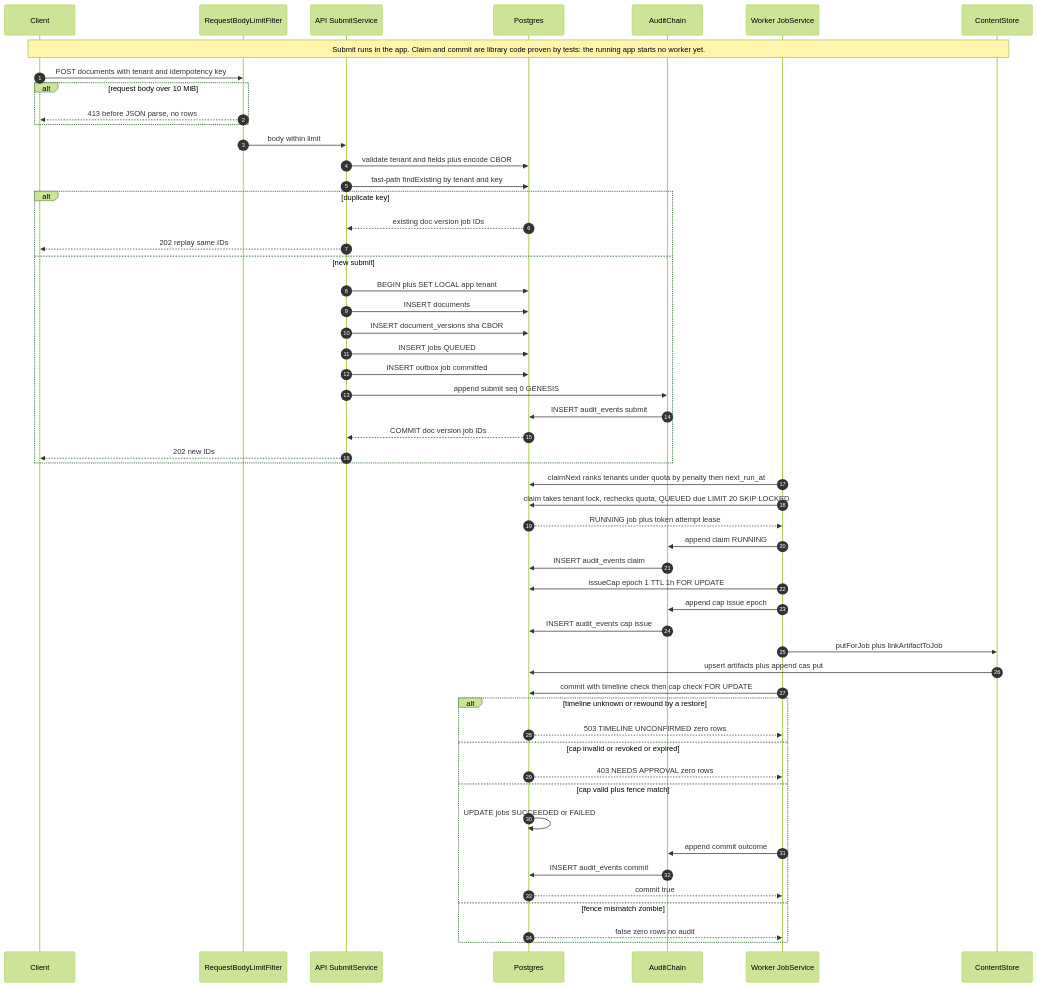
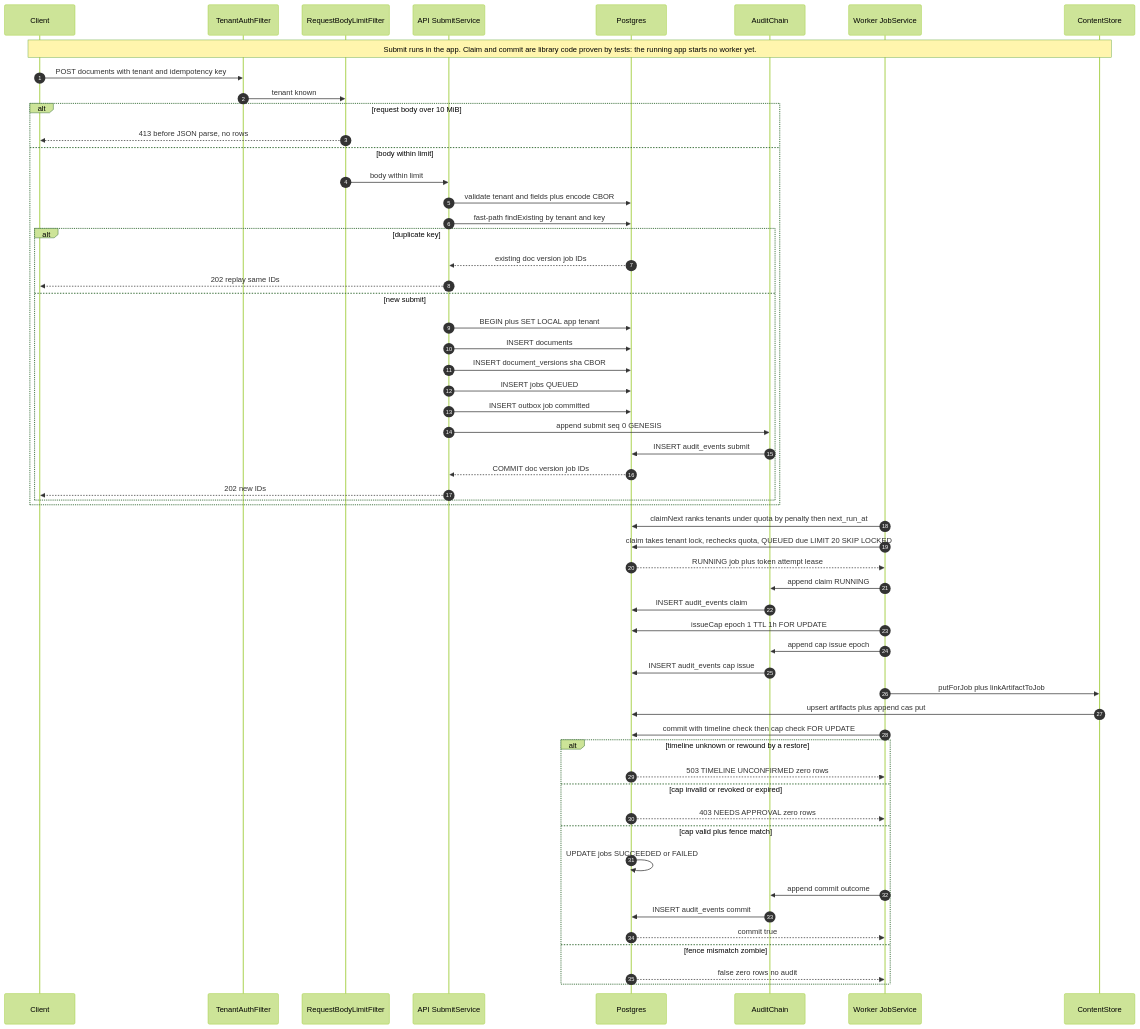
The diagram in docs/architecture/flow-submit-claim-commit.mmd (G1DO/anvil), drawn with Mermaid (forest theme) before and after one commit. The commit also changed 10 other files, not shown here.

```diff
--- a/docs/architecture/flow-submit-claim-commit.mmd
+++ b/docs/architecture/flow-submit-claim-commit.mmd
@@ -1,54 +1,57 @@
 sequenceDiagram
     autonumber
     participant C as Client
+    participant T as TenantAuthFilter
     participant L as RequestBodyLimitFilter
     participant A as API SubmitService
     participant D as Postgres
     participant U as AuditChain
     participant W as Worker JobService
     participant S as ContentStore
     Note over C,S: Submit runs in the app. Claim and commit are library code proven by tests: the running app starts no worker yet.
-    C->>L: POST documents with tenant and idempotency key
+    C->>T: POST documents with tenant and idempotency key
+    T->>L: tenant known
     alt request body over 10 MiB
         L-->>C: 413 before JSON parse, no rows
-    end
-    L->>A: body within limit
-    A->>D: validate tenant and fields plus encode CBOR
-    A->>D: fast-path findExisting by tenant and key
-    alt duplicate key
-        D-->>A: existing doc version job IDs
-        A-->>C: 202 replay same IDs
-    else new submit
-        A->>D: BEGIN plus SET LOCAL app tenant
-        A->>D: INSERT documents
-        A->>D: INSERT document_versions sha CBOR
-        A->>D: INSERT jobs QUEUED
-        A->>D: INSERT outbox job committed
-        A->>U: append submit seq 0 GENESIS
-        U->>D: INSERT audit_events submit
-        D-->>A: COMMIT doc version job IDs
-        A-->>C: 202 new IDs
+    else body within limit
+        L->>A: body within limit
+        A->>D: validate tenant and fields plus encode CBOR
+        A->>D: fast-path findExisting by tenant and key
+        alt duplicate key
+            D-->>A: existing doc version job IDs
+            A-->>C: 202 replay same IDs
+        else new submit
+            A->>D: BEGIN plus SET LOCAL app tenant
+            A->>D: INSERT documents
+            A->>D: INSERT document_versions sha CBOR
+            A->>D: INSERT jobs QUEUED
+            A->>D: INSERT outbox job committed
+            A->>U: append submit seq 0 GENESIS
+            U->>D: INSERT audit_events submit
+            D-->>A: COMMIT doc version job IDs
+            A-->>C: 202 new IDs
+        end
     end
     W->>D: claimNext ranks tenants under quota by penalty then next_run_at
     W->>D: claim takes tenant lock, rechecks quota, QUEUED due LIMIT 20 SKIP LOCKED
     D-->>W: RUNNING job plus token attempt lease
     W->>U: append claim RUNNING
     U->>D: INSERT audit_events claim
     W->>D: issueCap epoch 1 TTL 1h FOR UPDATE
     W->>U: append cap issue epoch
     U->>D: INSERT audit_events cap issue
     W->>S: putForJob plus linkArtifactToJob
     S->>D: upsert artifacts plus append cas put
     W->>D: commit with timeline check then cap check FOR UPDATE
     alt timeline unknown or rewound by a restore
         D-->>W: 503 TIMELINE UNCONFIRMED zero rows
     else cap invalid or revoked or expired
         D-->>W: 403 NEEDS APPROVAL zero rows
     else cap valid plus fence match
         D->>D: UPDATE jobs SUCCEEDED or FAILED
         W->>U: append commit outcome
         U->>D: INSERT audit_events commit
         D-->>W: commit true
     else fence mismatch zombie
         D-->>W: false zero rows no audit
     end
```
